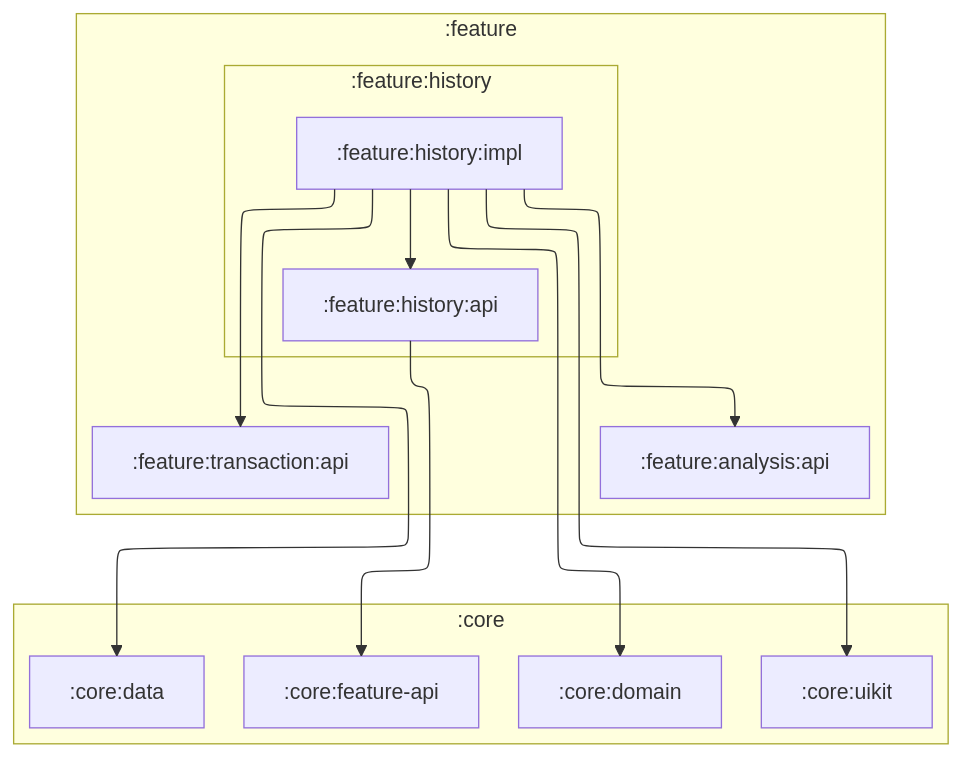
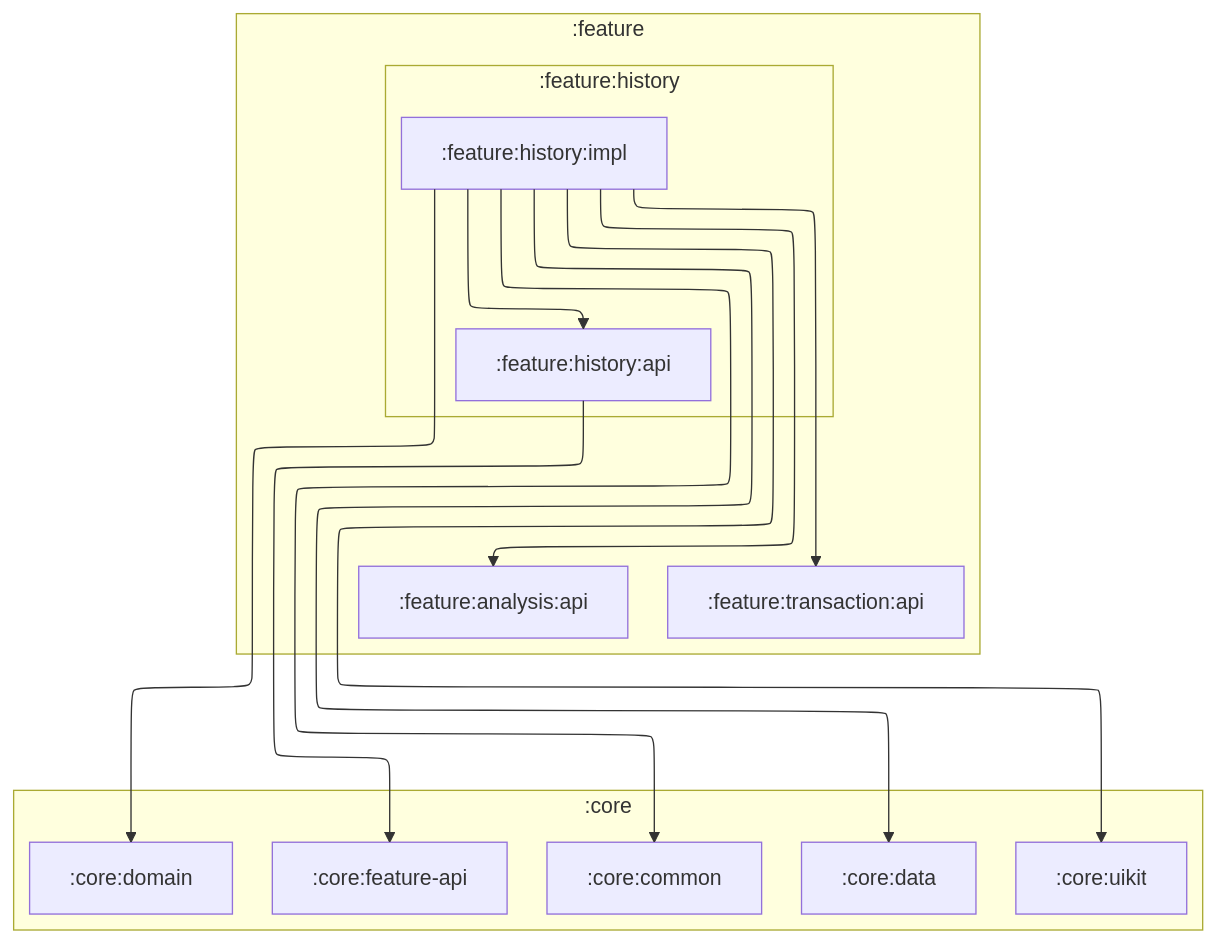
One commit to IliaVoskoboinikov/Finance-Manager changed the diagram in feature/history/impl/README.md. Above: the diagram before and after it, drawn with Mermaid. The commit also changed 18 other files, not shown here.

````diff
--- a/feature/history/impl/README.md
+++ b/feature/history/impl/README.md
@@ -11,36 +11,38 @@
 ```mermaid
 ---
 config:
   layout: elk
   elk:
     nodePlacementStrategy: SIMPLE
 ---
 graph TB
     subgraph :feature
         subgraph :feature:history
             :feature:history:api
             :feature:history:impl
         end
 
         :feature:transaction:api
         :feature:analysis:api
     end
 
     subgraph :core
+        :core:common
         :core:domain
         :core:data
         :core:uikit
         :core:feature-api
     end
 
     :feature:history:impl --> :feature:history:api
+    :feature:history:impl --> :core:common
     :feature:history:impl --> :core:domain
     :feature:history:impl --> :core:data
     :feature:history:impl --> :core:uikit
     :feature:history:impl --> :feature:transaction:api
     :feature:history:impl --> :feature:analysis:api
 
     :feature:history:api --> :core:feature-api
 
     classDef android-library fill:#9BF6FF,stroke:#000,stroke-width:2px,color:#000;
 ```
````
